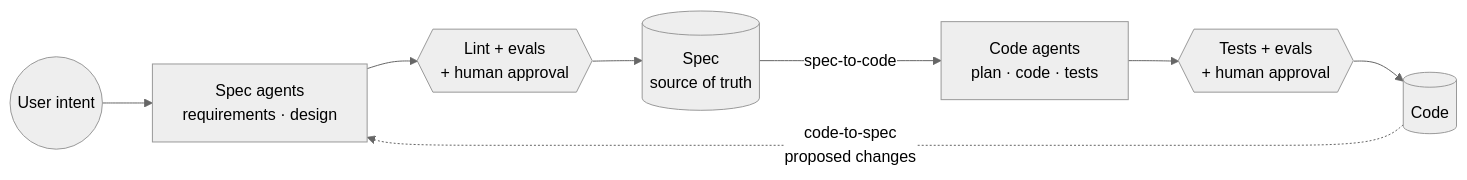
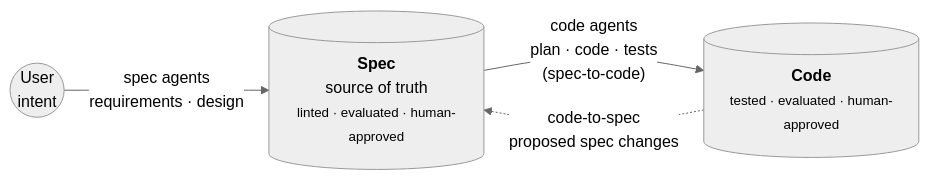
One commit to balaji-balu/spec-contracts changed the diagram in README.md. Above: the diagram before and after it, drawn with Mermaid (neutral theme).

Commit message:
README: a compact three-node diagram that displays at readable size
The seven-box row was so wide that GitHub scaled it down and its zoom
controls covered the last box. The top-level view is now intent → spec →
code with the code-to-spec loop back; the agents are edge labels and the
approval gates sit inside the spec and code boxes.

````diff
--- a/README.md
+++ b/README.md
@@ -16,10 +16,6 @@
 ```mermaid
 flowchart LR
-  U((User intent)) --> SA
-  SA["Spec agents<br/>requirements · design"] --> G{{"Lint + evals<br/>+ human approval"}}
-  G --> S[("Spec<br/>source of truth")]
-  S -->|spec-to-code| CA["Code agents<br/>plan · code · tests"]
-  CA --> G2{{"Tests + evals<br/>+ human approval"}}
-  G2 --> C[("Code")]
-  C -.->|code-to-spec<br/>proposed changes| SA
+  I((User<br/>intent)) -->|"spec agents<br/>requirements · design"| S[("<b>Spec</b><br/>source of truth<br/><small>linted · evaluated · human-approved</small>")]
+  S -->|"code agents<br/>plan · code · tests<br/>(spec-to-code)"| C[("<b>Code</b><br/><small>tested · evaluated · human-approved</small>")]
+  C -.->|"code-to-spec<br/>proposed spec changes"| S
 ```
````
